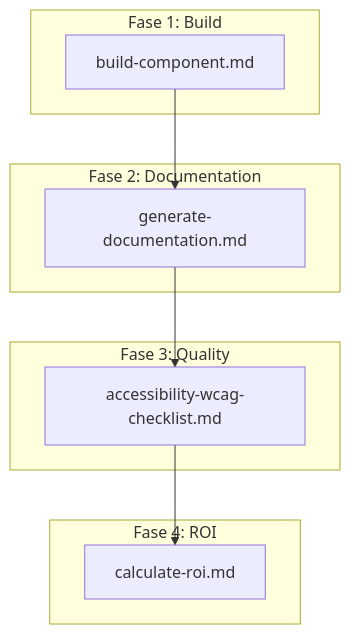
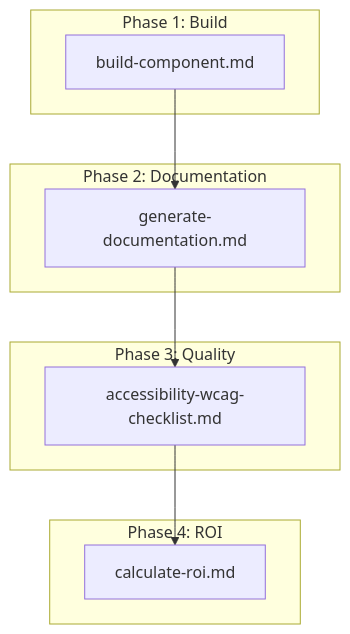
Before and after one commit to CyryxLabs/AEXOS: the fourth of 7 diagrams in docs/aexos-workflows/design-system-build-quality-workflow.md, drawn with Mermaid. The commit also changed other lines of this file and 528 other files, not shown here.

````diff
--- a/docs/aexos-workflows/design-system-build-quality-workflow.md
+++ b/docs/aexos-workflows/design-system-build-quality-workflow.md
@@ -421,20 +421,20 @@
 ```mermaid
 graph TD
-    subgraph Phase1["Fase 1: Build"]
+    subgraph Phase1["Phase 1: Build"]
         T1[build-component.md]
     end
 
-    subgraph Phase2["Fase 2: Documentation"]
+    subgraph Phase2["Phase 2: Documentation"]
         T2[generate-documentation.md]
     end
 
-    subgraph Phase3["Fase 3: Quality"]
+    subgraph Phase3["Phase 3: Quality"]
         T3[accessibility-wcag-checklist.md]
     end
 
-    subgraph Phase4["Fase 4: ROI"]
+    subgraph Phase4["Phase 4: ROI"]
         T4[calculate-roi.md]
     end
 
     T1 --> T2 --> T3 --> T4
 ```
````
